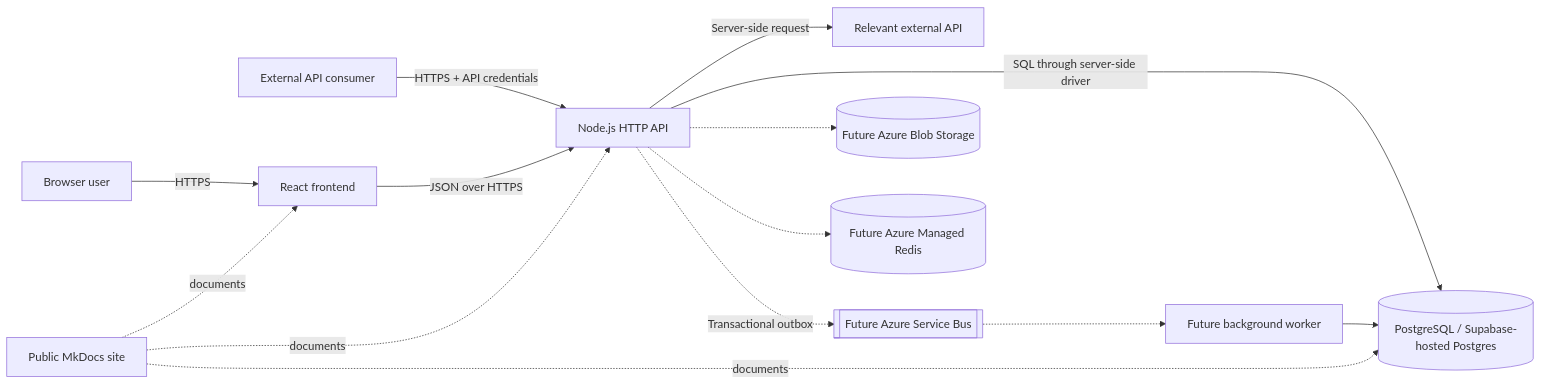
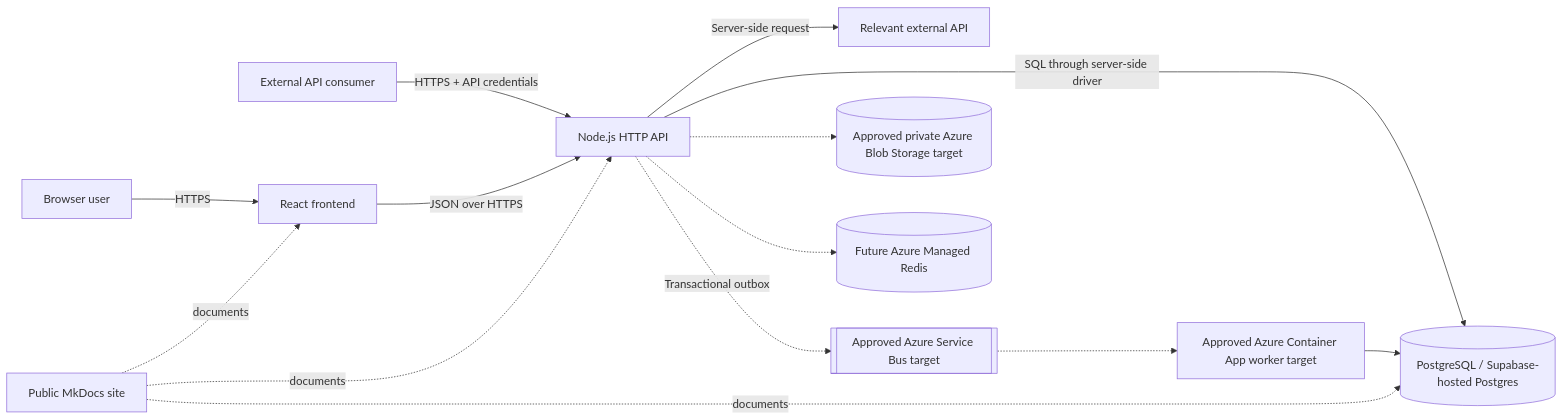
The diagram in docs/architecture/overview.md (NadavSundy/Sport-Analytics-Tool), drawn with Mermaid before and after one commit. The commit also changed other lines of this file and 13 other files, not shown here.

First line of the commit message:
docs(architecture): approve batch ingestion decisions

````diff
--- a/docs/architecture/overview.md
+++ b/docs/architecture/overview.md
@@ -9,16 +9,16 @@
 ```mermaid
 flowchart LR
     User[Browser user] -->|HTTPS| Frontend[React frontend]
     Consumer[External API consumer] -->|HTTPS + API credentials| API[Node.js HTTP API]
     Frontend -->|JSON over HTTPS| API
     API -->|SQL through server-side driver| DB[(PostgreSQL / Supabase-hosted Postgres)]
     API -->|Server-side request| External[Relevant external API]
-    API -.->|Transactional outbox| Queue[[Future Azure Service Bus]]
-    Queue -.-> Worker[Future background worker]
+    API -.->|Transactional outbox| Queue[[Approved Azure Service Bus target]]
+    Queue -.-> Worker[Approved Azure Container App worker target]
     Worker --> DB
-    API -.-> Files[(Future Azure Blob Storage)]
+    API -.-> Files[(Approved private Azure Blob Storage target)]
     API -.-> Cache[(Future Azure Managed Redis)]
     Docs[Public MkDocs site] -. documents .-> Frontend
     Docs -. documents .-> API
     Docs -. documents .-> DB
 ```
````
